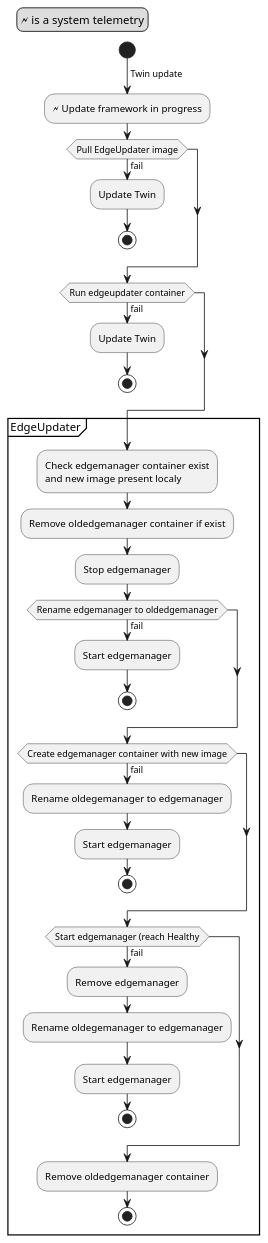
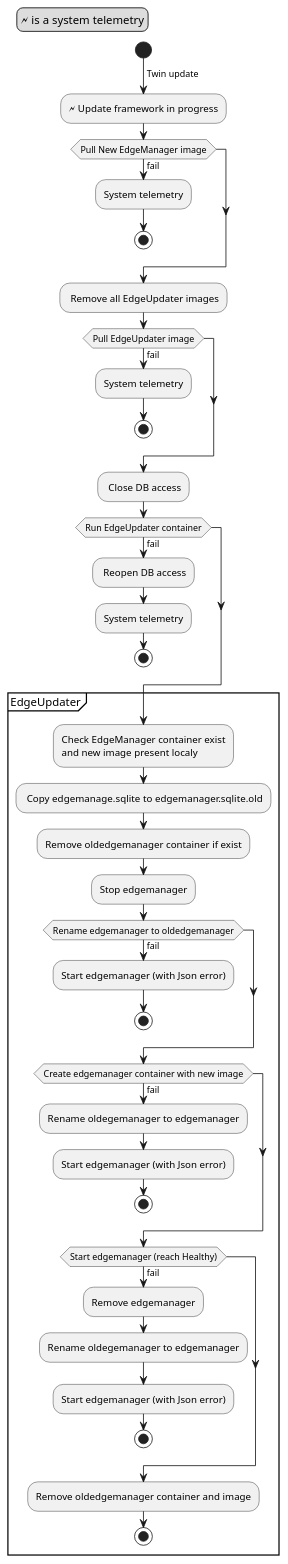
One commit to se-edge/framework-diagrams changed the diagram in UseCases/Update-framework/Update-framework.activity.puml. Above: the diagram before and after it, drawn with PlantUML.

Commit message:
Update Update-framework.activity.puml
Brainstorming feedbacks

```diff
--- a/UseCases/Update-framework/Update-framework.activity.puml
+++ b/UseCases/Update-framework/Update-framework.activity.puml
@@ -1,41 +1,49 @@
 @startuml
 legend top left
 🗲 is a system telemetry
 endlegend
 
 start
 -> Twin update;
 :🗲 Update framework in progress;
-if (Pull EdgeUpdater image) then (fail)
-    :Update Twin;
+if (Pull New EdgeManager image) then (fail)
+    :System telemetry;
     stop
 endif
-if (Run edgeupdater container) then (fail)
-    :Update Twin;
+: Remove all EdgeUpdater images;
+if (Pull EdgeUpdater image) then (fail)
+    :System telemetry;
+    stop
+endif
+: Close DB access;
+if (Run EdgeUpdater container) then (fail)
+    : Reopen DB access;
+    :System telemetry;
     stop
 endif
 
 partition EdgeUpdater {
-    :Check edgemanager container exist
+    :Check EdgeManager container exist
     and new image present localy;
+    : Copy edgemanage.sqlite to edgemanager.sqlite.old;
     :Remove oldedgemanager container if exist;
     :Stop edgemanager;
     if (Rename edgemanager to oldedgemanager) then (fail)
-        :Start edgemanager;
+        :Start edgemanager (with Json error);
         stop
     endif
     if (Create edgemanager container with new image) then (fail)
         :Rename oldegemanager to edgemanager;
-        :Start edgemanager;
+        :Start edgemanager (with Json error);
         stop
     endif
-    if (Start edgemanager (reach Healthy) then (fail)
+    if (Start edgemanager (reach Healthy)) then (fail)
         :Remove edgemanager;
         :Rename oldegemanager to edgemanager;
-        :Start edgemanager;
+        :Start edgemanager (with Json error);
         stop
     endif
-    :Remove oldedgemanager container;
+    :Remove oldedgemanager container and image;
     stop
 }
 @enduml
```
